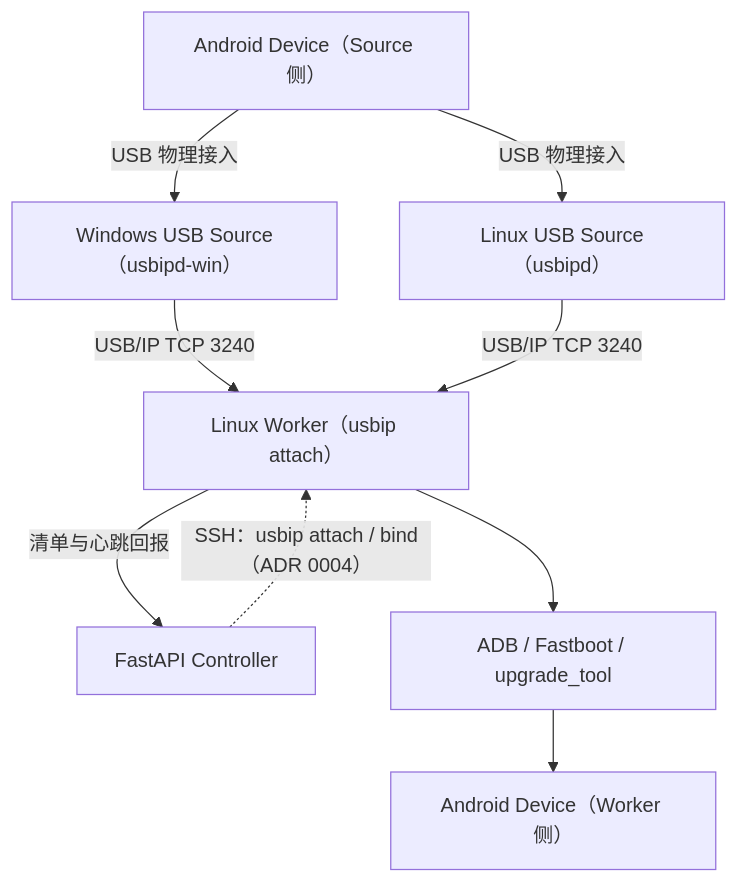
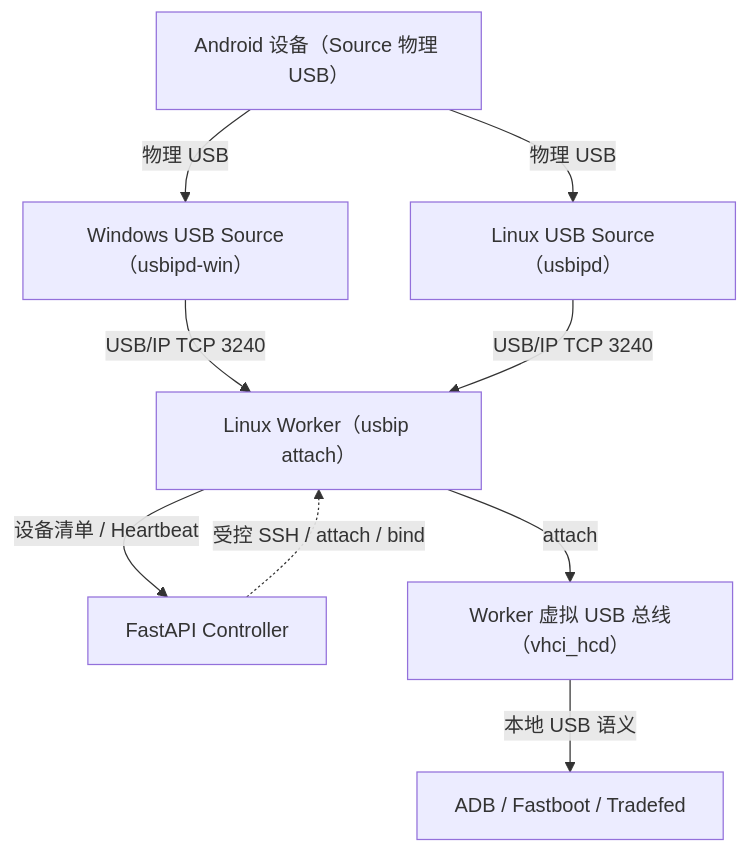
Before and after one commit to weixin1263831586/GMS_Remote_Test_Web: the diagram in docs/architecture/usbip-topology.mmd, drawn with Mermaid. The commit also changed 5 other files, not shown here.

Commit message:
docs(architecture): distinguish physical USB ownership and add canonical workflow diagrams

```diff
--- a/docs/architecture/usbip-topology.mmd
+++ b/docs/architecture/usbip-topology.mmd
@@ -1,17 +1,18 @@
+%% 设备物理连接在 Source；Worker 看到的是 vhci_hcd 虚拟 USB，不是二次物理设备。
 flowchart TB
-    DevSrc["Android Device（Source 侧）"]
+    DevSrc["Android 设备（Source 物理 USB）"]
     WinSrc["Windows USB Source（usbipd-win）"]
     LinuxSrc["Linux USB Source（usbipd）"]
     Worker["Linux Worker（usbip attach）"]
     Ctrl["FastAPI Controller"]
-    Tools["ADB / Fastboot / upgrade_tool"]
-    DevWorker["Android Device（Worker 侧）"]
+    DevWorker["Worker 虚拟 USB 总线（vhci_hcd）"]
+    Tools["ADB / Fastboot / Tradefed"]
 
-    DevSrc -->|"USB 物理接入"| WinSrc
-    DevSrc -->|"USB 物理接入"| LinuxSrc
+    DevSrc -->|"物理 USB"| WinSrc
+    DevSrc -->|"物理 USB"| LinuxSrc
     WinSrc -->|"USB/IP TCP 3240"| Worker
     LinuxSrc -->|"USB/IP TCP 3240"| Worker
-    Worker --> Tools
-    Tools --> DevWorker
-    Ctrl -.->|"SSH：usbip attach / bind（ADR 0004）"| Worker
-    Worker -->|"清单与心跳回报"| Ctrl
+    Worker -->|"attach"| DevWorker
+    DevWorker -->|"本地 USB 语义"| Tools
+    Ctrl -.->|"受控 SSH / attach / bind"| Worker
+    Worker -->|"设备清单 / Heartbeat"| Ctrl
```
